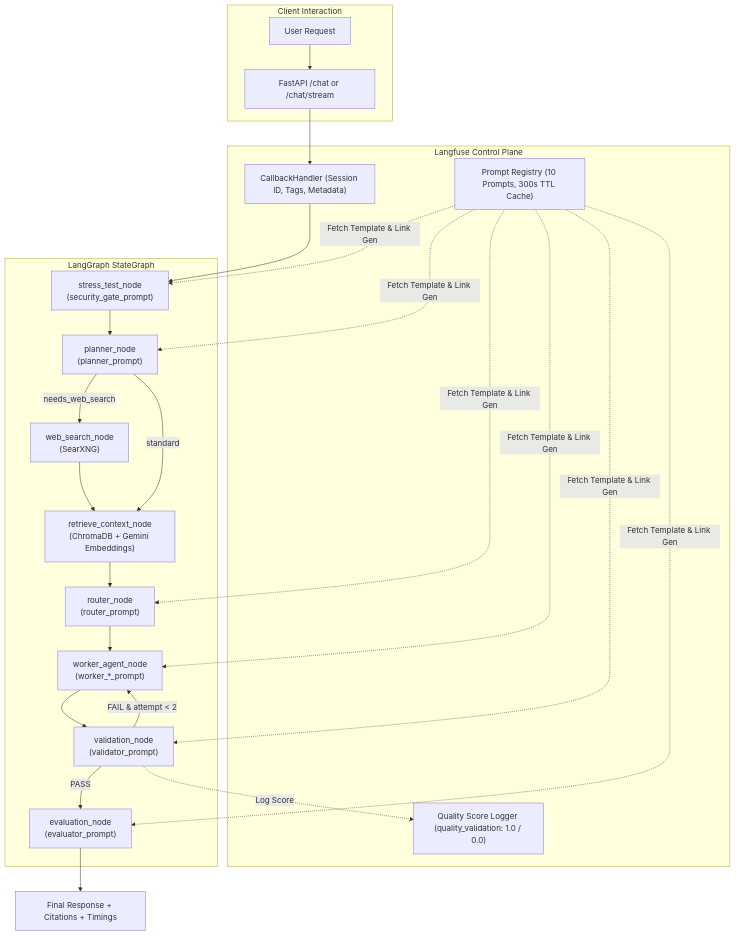
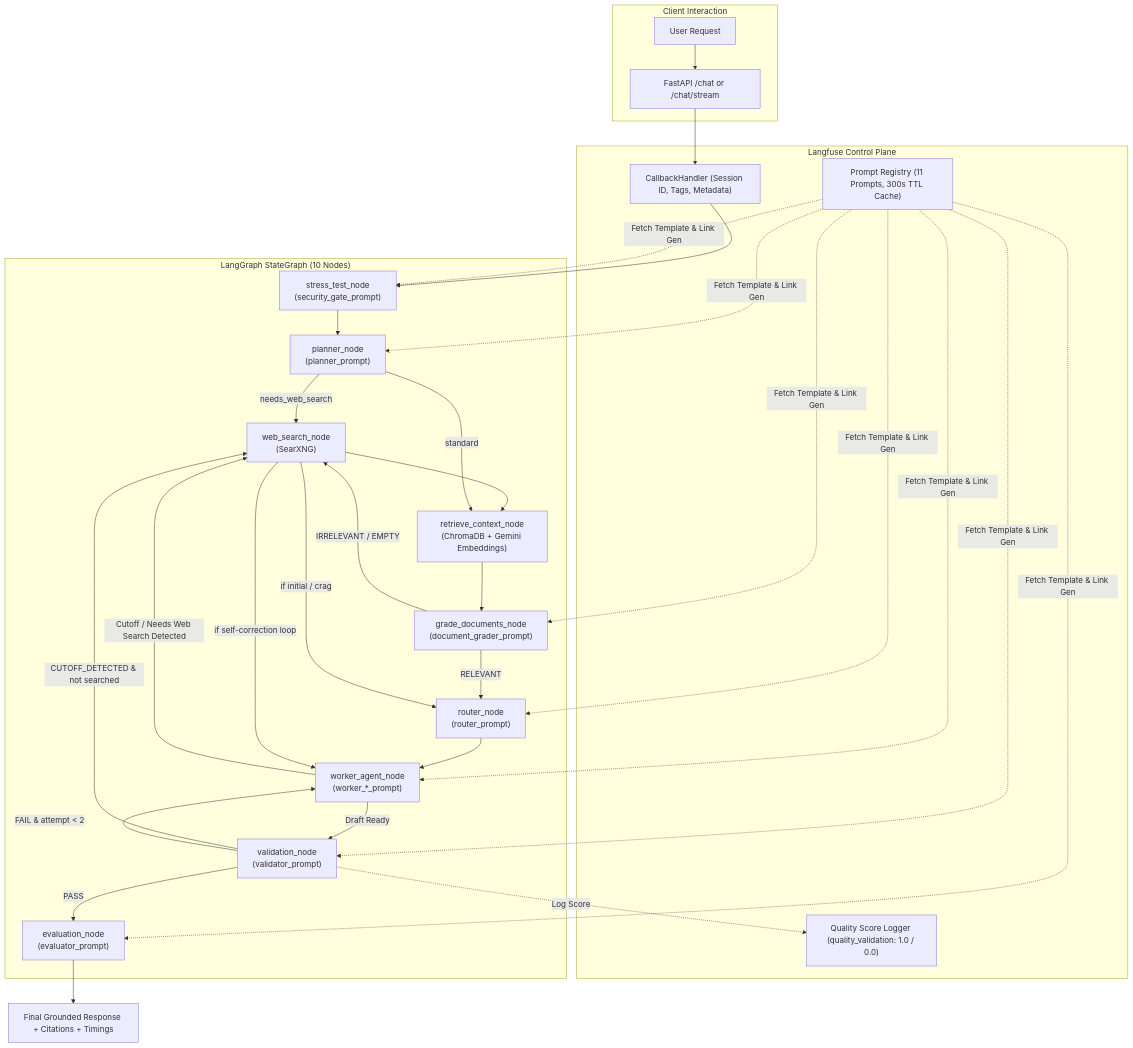
The diagram in docs/02_Architecture_and_Workflow.md (Darkrock04/GEN_AI_APPLICATION), drawn with Mermaid before and after one commit. The commit also changed other lines of this file and 5 other files, not shown here.

Commit message:
feat: implement enterprise Corrective RAG (CRAG) and self-reflective web search fallback

````diff
--- a/docs/02_Architecture_and_Workflow.md
+++ b/docs/02_Architecture_and_Workflow.md
@@ -25,43 +37,51 @@
 ```mermaid
 flowchart TD
     subgraph Client["Client Interaction"]
         User["User Request"] --> Entry["FastAPI /chat or /chat/stream"]
     end
 
     subgraph LangfusePlane["Langfuse Control Plane"]
-        Registry["Prompt Registry (10 Prompts, 300s TTL Cache)"]
+        Registry["Prompt Registry (11 Prompts, 300s TTL Cache)"]
         TraceHandler["CallbackHandler (Session ID, Tags, Metadata)"]
         ScoreLogger["Quality Score Logger (quality_validation: 1.0 / 0.0)"]
     end
 
-    subgraph GraphExecution["LangGraph StateGraph"]
+    subgraph GraphExecution["LangGraph StateGraph (10 Nodes)"]
         Stress["stress_test_node\n(security_gate_prompt)"]
         Planner["planner_node\n(planner_prompt)"]
         WebSearch["web_search_node\n(SearXNG)"]
         Retrieve["retrieve_context_node\n(ChromaDB + Gemini Embeddings)"]
+        GradeDocs["grade_documents_node\n(document_grader_prompt)"]
         Router["router_node\n(router_prompt)"]
         Worker["worker_agent_node\n(worker_*_prompt)"]
         Validator["validation_node\n(validator_prompt)"]
         Evaluator["evaluation_node\n(evaluator_prompt)"]
     end
 
     Entry --> TraceHandler
     TraceHandler --> Stress
     Registry -.->|Fetch Template & Link Gen| Stress
     Registry -.->|Fetch Template & Link Gen| Planner
+    Registry -.->|Fetch Template & Link Gen| GradeDocs
     Registry -.->|Fetch Template & Link Gen| Router
     Registry -.->|Fetch Template & Link Gen| Worker
     Registry -.->|Fetch Template & Link Gen| Validator
     Registry -.->|Fetch Template & Link Gen| Evaluator
 
     Stress --> Planner
     Planner -->|needs_web_search| WebSearch --> Retrieve
     Planner -->|standard| Retrieve
-    Retrieve --> Router
+    Retrieve --> GradeDocs
+    GradeDocs -->|IRRELEVANT / EMPTY| WebSearch
+    GradeDocs -->|RELEVANT| Router
+    WebSearch -->|if initial / crag| Router
     Router --> Worker
-    Worker --> Validator
+    Worker -->|Cutoff / Needs Web Search Detected| WebSearch
+    WebSearch -->|if self-correction loop| Worker
+    Worker -->|Draft Ready| Validator
     Validator -.->|Log Score| ScoreLogger
+    Validator -->|CUTOFF_DETECTED & not searched| WebSearch
     Validator -->|FAIL & attempt < 2| Worker
     Validator -->|PASS| Evaluator
-    Evaluator --> Output["Final Response + Citations + Timings"]
+    Evaluator --> Output["Final Grounded Response + Citations + Timings"]
 ```
````
